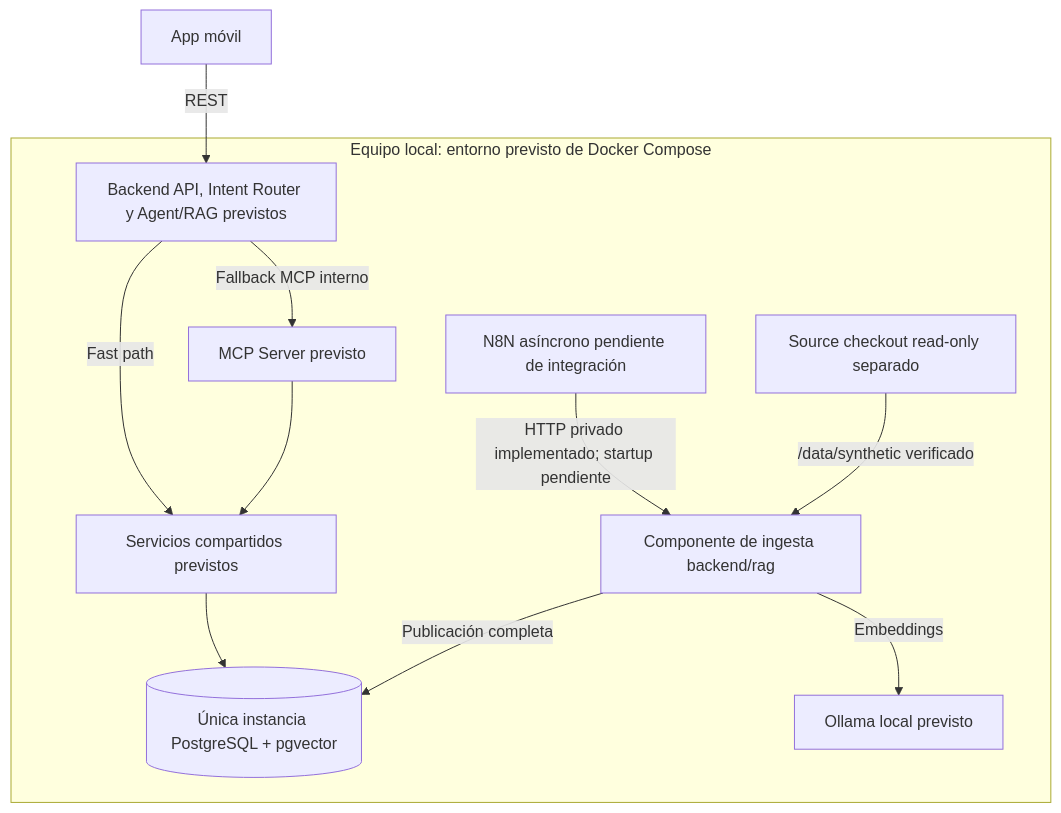
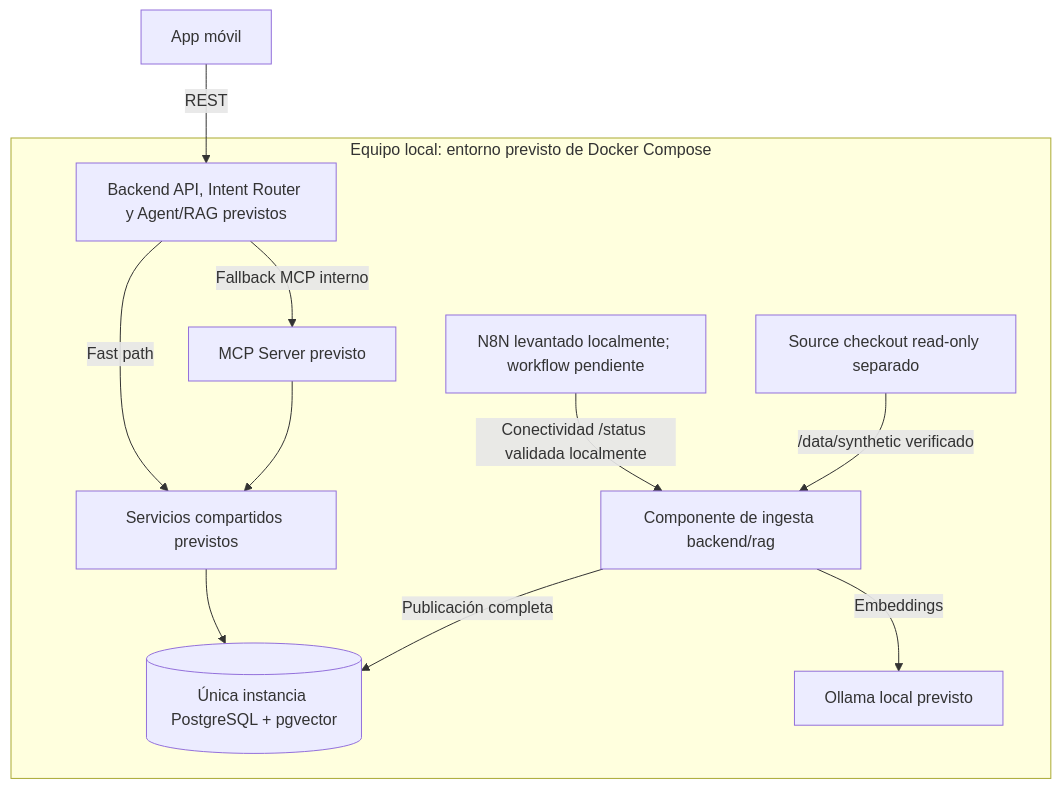
One commit to XeyKG/BanuChat_ changed the fourth of 4 diagrams in docs/arquitectura.md. Above: the diagram before and after it, drawn with Mermaid. The commit also changed other lines of this file and 6 other files, not shown here.

````diff
--- a/docs/arquitectura.md
+++ b/docs/arquitectura.md
@@ -142,14 +144,14 @@
 ```mermaid
 flowchart TB
     M["App móvil"] -->|"REST"| B["Backend API, Intent Router y Agent/RAG previstos"]
     subgraph LOCAL["Equipo local: entorno previsto de Docker Compose"]
         B -->|"Fallback MCP interno"| C["MCP Server previsto"]
         B -->|"Fast path"| S["Servicios compartidos previstos"]
         C --> S
         S --> P[("Única instancia PostgreSQL + pgvector")]
-        N["N8N asíncrono pendiente de integración"] -->|"HTTP privado implementado; startup pendiente"| I["Componente de ingesta backend/rag"]
+        N["N8N levantado localmente; workflow pendiente"] -->|"Conectividad /status validada localmente"| I["Componente de ingesta backend/rag"]
         I -->|"Publicación completa"| P
         I -->|"Embeddings"| O["Ollama local previsto"]
         D["Source checkout read-only separado"] -->|"/data/synthetic verificado"| I
     end
 ```
````
